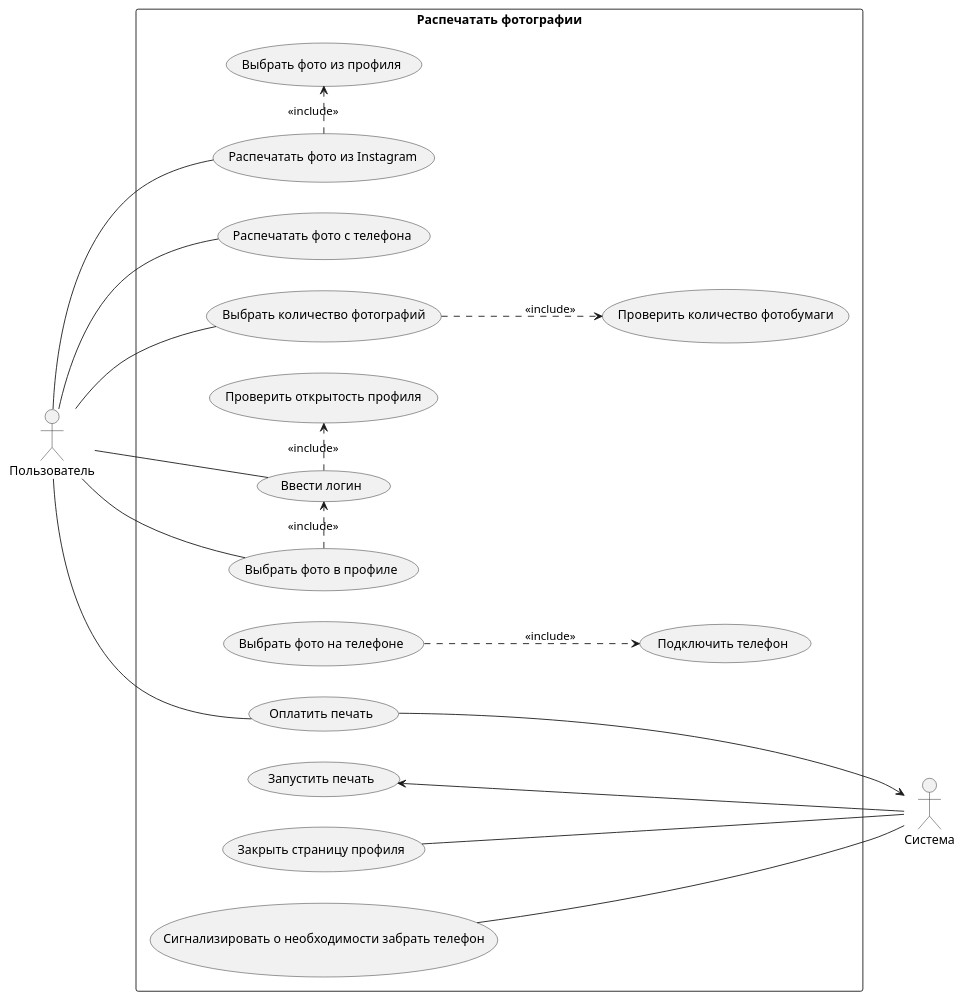
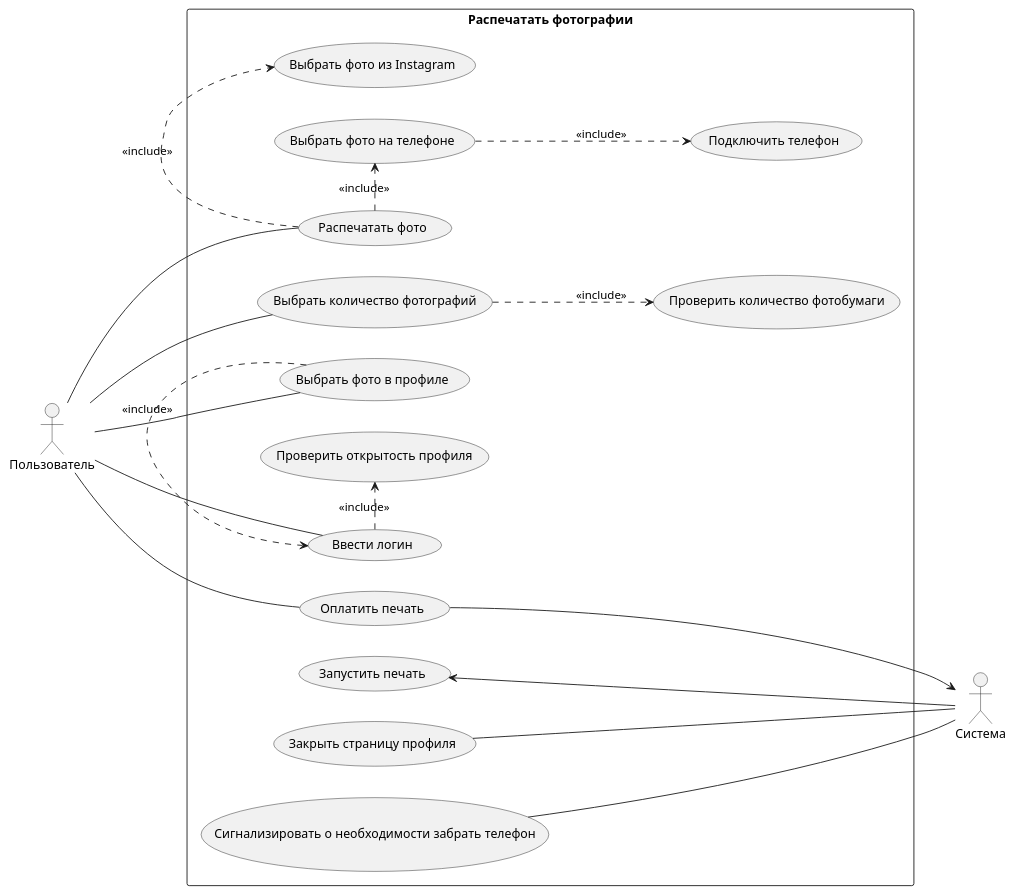
Before and after one commit to PopkovAYu/Notes: the diagram in Notes/Системная аналитика/Курсы от нетологии/Раздел 3. Анализ требований/Итоговая работа по модулю.md, drawn with PlantUML. The commit also changed other lines of this file, not shown here.

````diff
--- a/Notes/Системная аналитика/Курсы от нетологии/Раздел 3. Анализ требований/Итоговая работа по модулю.md
+++ b/Notes/Системная аналитика/Курсы от нетологии/Раздел 3. Анализ требований/Итоговая работа по модулю.md
@@ -78,27 +78,27 @@
 ```plantuml
 @startuml
 actor Пользователь as user
 actor Система as sys
 
 rectangle "Распечатать фотографии" {
 	left to right direction
-	user -- (Распечатать фото из Instagram)
-	(Распечатать фото из Instagram) .> (Выбрать фото из профиля) : <<include>>
-	user - (Распечатать фото с телефона)
+	user -- (Распечатать фото)
+	(Распечатать фото) .> (Выбрать фото из Instagram) : <<include>>
+	(Распечатать фото) .> (Выбрать фото на телефоне) : <<include>>
 	(Выбрать фото на телефоне) ..> (Подключить телефон) : <<include>>
 	user - (Выбрать количество фотографий)
 	(Выбрать количество фотографий) ..> (Проверить количество фотобумаги) : <<include>>
 	user - (Выбрать фото в профиле)
 	user - (Ввести логин)
 	(Выбрать фото в профиле) .> (Ввести логин) : <<include>>
 	(Ввести логин) .> (Проверить открытость профиля) : <<include>>
 	user - (Оплатить печать)
 	(Оплатить печать) --> sys
 	(Запустить печать) <-- sys 
 	(Закрыть страницу профиля) --- sys 
 	(Сигнализировать о необходимости забрать телефон) --- sys
 	 
 	
 }
 @enduml
 ```
````
